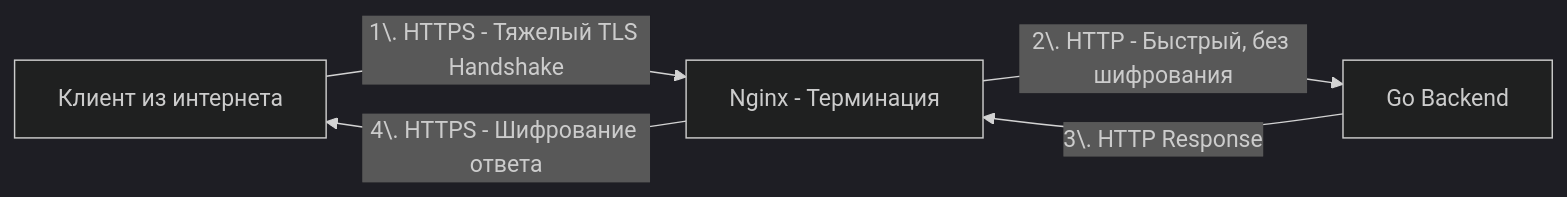
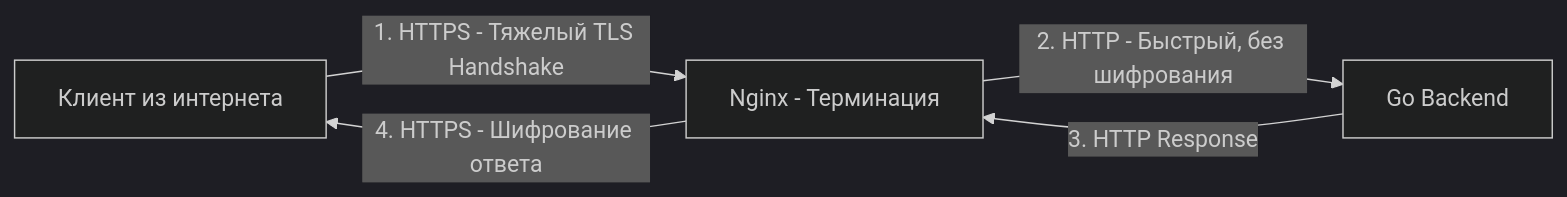
Before and after one commit to UnrealTemplier/go-textbook: the diagram in sources/19. Инфраструктура. Linux, nginx, Docker, Kubernetes/02. nginx/4. TLS termination.md, drawn with Mermaid (dark theme). The commit also changed other lines of this file, not shown here.

Commit message:
feat(module-19): editorial rewrite of 02.4 TLS termination in Kernighan style

````diff
--- a/sources/19. Инфраструктура. Linux, nginx, Docker, Kubernetes/02. nginx/4. TLS termination.md
+++ b/sources/19. Инфраструктура. Linux, nginx, Docker, Kubernetes/02. nginx/4. TLS termination.md
@@ -18,7 +26,7 @@
 ```mermaid
 flowchart LR
-    A["Клиент из интернета"] -->|"1\. HTTPS - Тяжелый TLS Handshake"| B["Nginx - Терминация"]
-    B -->|"2\. HTTP - Быстрый, без шифрования"| C["Go Backend"]
-    C -->|"3\. HTTP Response"| B
-    B -->|"4\. HTTPS - Шифрование ответа"| A
+    A["Клиент из интернета"] -->|"1. HTTPS - Тяжелый TLS Handshake"| B["Nginx - Терминация"]
+    B -->|"2. HTTP - Быстрый, без шифрования"| C["Go Backend"]
+    C -->|"3. HTTP Response"| B
+    B -->|"4. HTTPS - Шифрование ответа"| A
 ```
````
